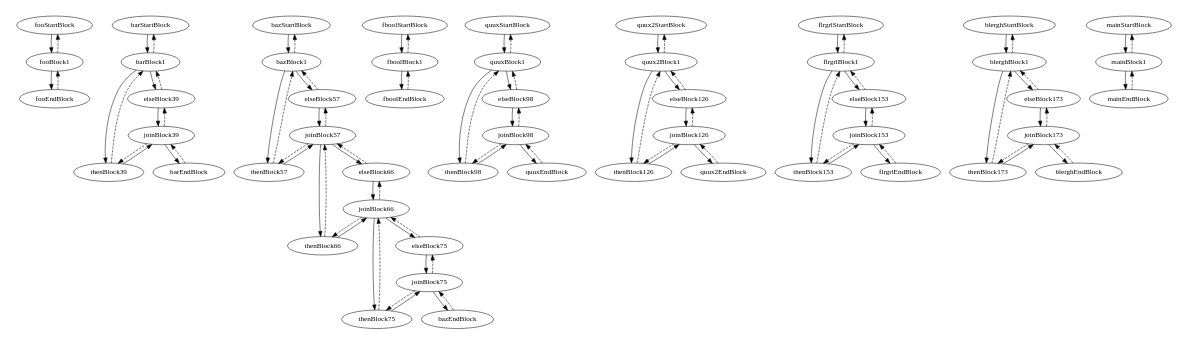
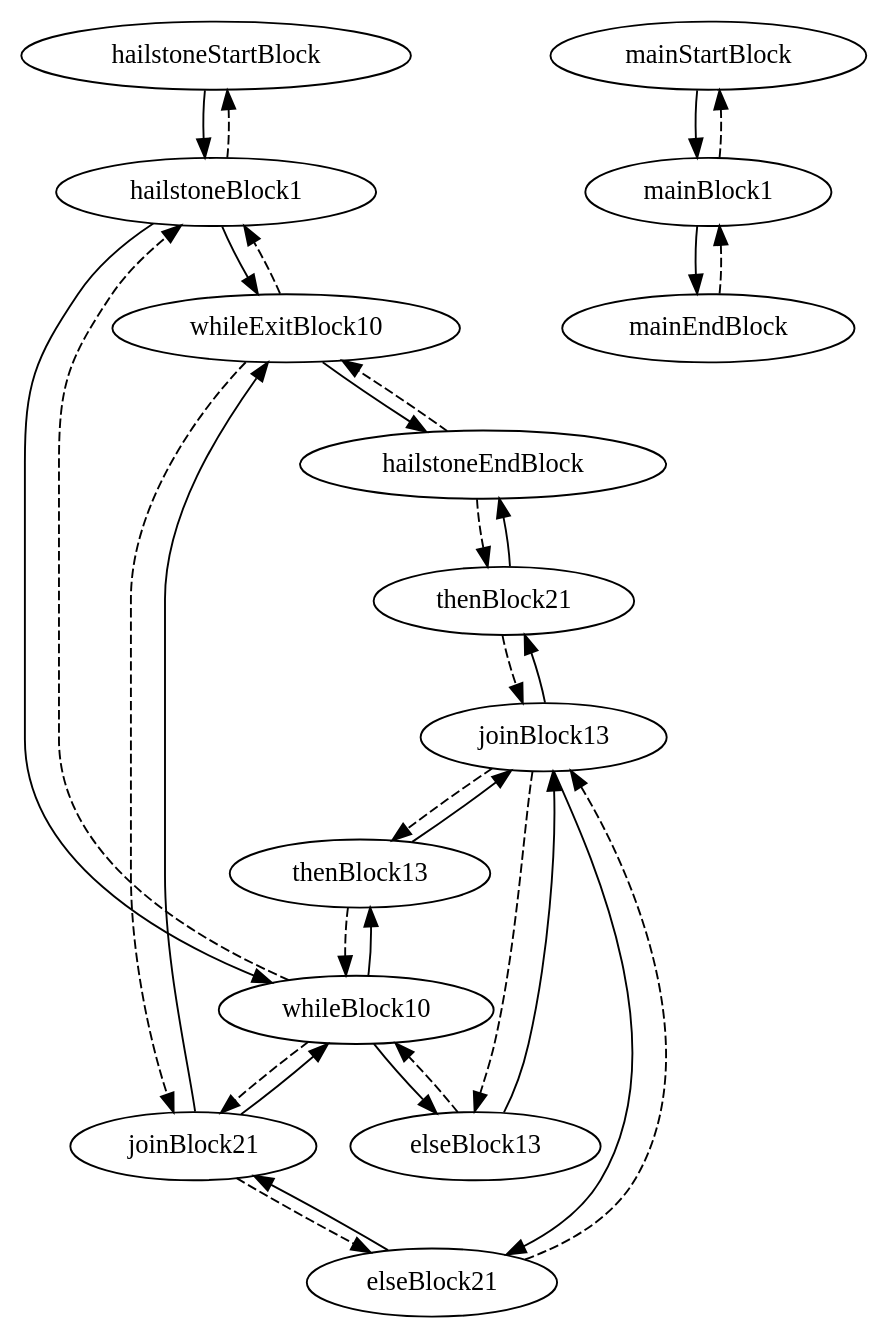
One commit to thomassimko/compiler changed the diagram in cfg.gv. Above: the diagram before and after it, drawn with Graphviz. The commit also changed 168 other files, not shown here.

```diff
--- a/cfg.gv
+++ b/cfg.gv
@@ -1,102 +1,34 @@
 digraph G {
-size ="8.5,11";fooStartBlock -> fooBlock1
-fooBlock1 -> fooEndBlock
-fooBlock1 -> fooStartBlock [style=dashed]
-fooEndBlock -> fooBlock1 [style=dashed]
-barStartBlock -> barBlock1
-barBlock1 -> thenBlock39
-barBlock1 -> elseBlock39
-barBlock1 -> barStartBlock [style=dashed]
-thenBlock39 -> joinBlock39
-thenBlock39 -> barBlock1 [style=dashed]
-elseBlock39 -> joinBlock39
-elseBlock39 -> barBlock1 [style=dashed]
-joinBlock39 -> barEndBlock
-joinBlock39 -> thenBlock39 [style=dashed]
-joinBlock39 -> elseBlock39 [style=dashed]
-barEndBlock -> joinBlock39 [style=dashed]
-bazStartBlock -> bazBlock1
-bazBlock1 -> thenBlock57
-bazBlock1 -> elseBlock57
-bazBlock1 -> bazStartBlock [style=dashed]
-thenBlock57 -> joinBlock57
-thenBlock57 -> bazBlock1 [style=dashed]
-elseBlock57 -> joinBlock57
-elseBlock57 -> bazBlock1 [style=dashed]
-joinBlock57 -> thenBlock66
-joinBlock57 -> elseBlock66
-joinBlock57 -> thenBlock57 [style=dashed]
-joinBlock57 -> elseBlock57 [style=dashed]
-thenBlock66 -> joinBlock66
-thenBlock66 -> joinBlock57 [style=dashed]
-elseBlock66 -> joinBlock66
-elseBlock66 -> joinBlock57 [style=dashed]
-joinBlock66 -> thenBlock75
-joinBlock66 -> elseBlock75
-joinBlock66 -> thenBlock66 [style=dashed]
-joinBlock66 -> elseBlock66 [style=dashed]
-thenBlock75 -> joinBlock75
-thenBlock75 -> joinBlock66 [style=dashed]
-elseBlock75 -> joinBlock75
-elseBlock75 -> joinBlock66 [style=dashed]
-joinBlock75 -> bazEndBlock
-joinBlock75 -> thenBlock75 [style=dashed]
-joinBlock75 -> elseBlock75 [style=dashed]
-bazEndBlock -> joinBlock75 [style=dashed]
-fboolStartBlock -> fboolBlock1
-fboolBlock1 -> fboolEndBlock
-fboolBlock1 -> fboolStartBlock [style=dashed]
-fboolEndBlock -> fboolBlock1 [style=dashed]
-quuxStartBlock -> quuxBlock1
-quuxBlock1 -> thenBlock98
-quuxBlock1 -> elseBlock98
-quuxBlock1 -> quuxStartBlock [style=dashed]
-thenBlock98 -> joinBlock98
-thenBlock98 -> quuxBlock1 [style=dashed]
-elseBlock98 -> joinBlock98
-elseBlock98 -> quuxBlock1 [style=dashed]
-joinBlock98 -> quuxEndBlock
-joinBlock98 -> thenBlock98 [style=dashed]
-joinBlock98 -> elseBlock98 [style=dashed]
-quuxEndBlock -> joinBlock98 [style=dashed]
-quux2StartBlock -> quux2Block1
-quux2Block1 -> thenBlock126
-quux2Block1 -> elseBlock126
-quux2Block1 -> quux2StartBlock [style=dashed]
-thenBlock126 -> joinBlock126
-thenBlock126 -> quux2Block1 [style=dashed]
-elseBlock126 -> joinBlock126
-elseBlock126 -> quux2Block1 [style=dashed]
-joinBlock126 -> quux2EndBlock
-joinBlock126 -> thenBlock126 [style=dashed]
-joinBlock126 -> elseBlock126 [style=dashed]
-quux2EndBlock -> joinBlock126 [style=dashed]
-flrgrlStartBlock -> flrgrlBlock1
-flrgrlBlock1 -> thenBlock153
-flrgrlBlock1 -> elseBlock153
-flrgrlBlock1 -> flrgrlStartBlock [style=dashed]
-thenBlock153 -> joinBlock153
-thenBlock153 -> flrgrlBlock1 [style=dashed]
-elseBlock153 -> joinBlock153
-elseBlock153 -> flrgrlBlock1 [style=dashed]
-joinBlock153 -> flrgrlEndBlock
-joinBlock153 -> thenBlock153 [style=dashed]
-joinBlock153 -> elseBlock153 [style=dashed]
-flrgrlEndBlock -> joinBlock153 [style=dashed]
-blerghStartBlock -> blerghBlock1
-blerghBlock1 -> thenBlock173
-blerghBlock1 -> elseBlock173
-blerghBlock1 -> blerghStartBlock [style=dashed]
-thenBlock173 -> joinBlock173
-thenBlock173 -> blerghBlock1 [style=dashed]
-elseBlock173 -> joinBlock173
-elseBlock173 -> blerghBlock1 [style=dashed]
-joinBlock173 -> blerghEndBlock
-joinBlock173 -> thenBlock173 [style=dashed]
-joinBlock173 -> elseBlock173 [style=dashed]
-blerghEndBlock -> joinBlock173 [style=dashed]
+size ="8.5,11";hailstoneStartBlock -> hailstoneBlock1
+hailstoneBlock1 -> whileBlock10
+hailstoneBlock1 -> whileExitBlock10
+hailstoneBlock1 -> hailstoneStartBlock [style=dashed]
+whileBlock10 -> thenBlock13
+whileBlock10 -> elseBlock13
+whileBlock10 -> hailstoneBlock1 [style=dashed]
+whileBlock10 -> joinBlock21 [style=dashed]
+thenBlock13 -> joinBlock13
+thenBlock13 -> whileBlock10 [style=dashed]
+elseBlock13 -> joinBlock13
+elseBlock13 -> whileBlock10 [style=dashed]
+joinBlock13 -> thenBlock21
+joinBlock13 -> elseBlock21
+joinBlock13 -> thenBlock13 [style=dashed]
+joinBlock13 -> elseBlock13 [style=dashed]
+thenBlock21 -> hailstoneEndBlock
+thenBlock21 -> joinBlock13 [style=dashed]
+elseBlock21 -> joinBlock21
+elseBlock21 -> joinBlock13 [style=dashed]
+joinBlock21 -> whileBlock10
+joinBlock21 -> whileExitBlock10
+joinBlock21 -> elseBlock21 [style=dashed]
+whileExitBlock10 -> hailstoneEndBlock
+whileExitBlock10 -> hailstoneBlock1 [style=dashed]
+whileExitBlock10 -> joinBlock21 [style=dashed]
+hailstoneEndBlock -> thenBlock21 [style=dashed]
+hailstoneEndBlock -> whileExitBlock10 [style=dashed]
 mainStartBlock -> mainBlock1
 mainBlock1 -> mainEndBlock
 mainBlock1 -> mainStartBlock [style=dashed]
 mainEndBlock -> mainBlock1 [style=dashed]
 }
```
